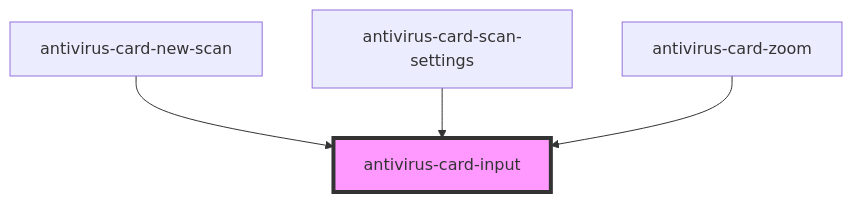
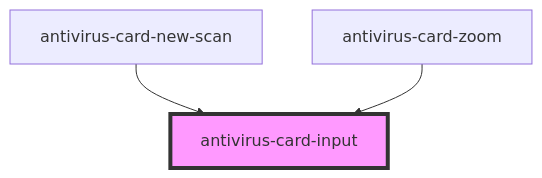
One commit to ispsystem/plugin-imunify changed the diagram in client/packages/antivirus-card/src/components/input/readme.md. Above: the diagram before and after it, drawn with Mermaid. The commit also changed other lines of this file and 10 other files, not shown here.

Commit message:
fix(antivirus-card): 🐛 fix bugs

````diff
--- a/client/packages/antivirus-card/src/components/input/readme.md
+++ b/client/packages/antivirus-card/src/components/input/readme.md
@@ -38,7 +37,6 @@
 ```mermaid
 graph TD;
   antivirus-card-new-scan --> antivirus-card-input
-  antivirus-card-scan-settings --> antivirus-card-input
   antivirus-card-zoom --> antivirus-card-input
   style antivirus-card-input fill:#f9f,stroke:#333,stroke-width:4px
 ```
````
